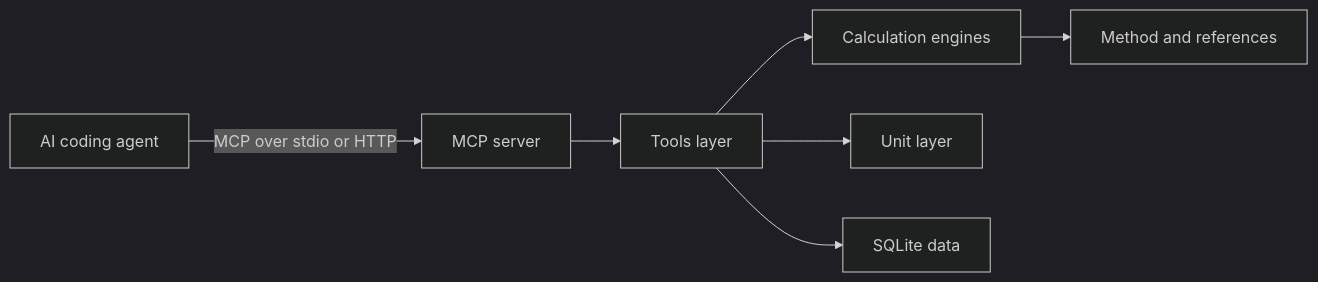
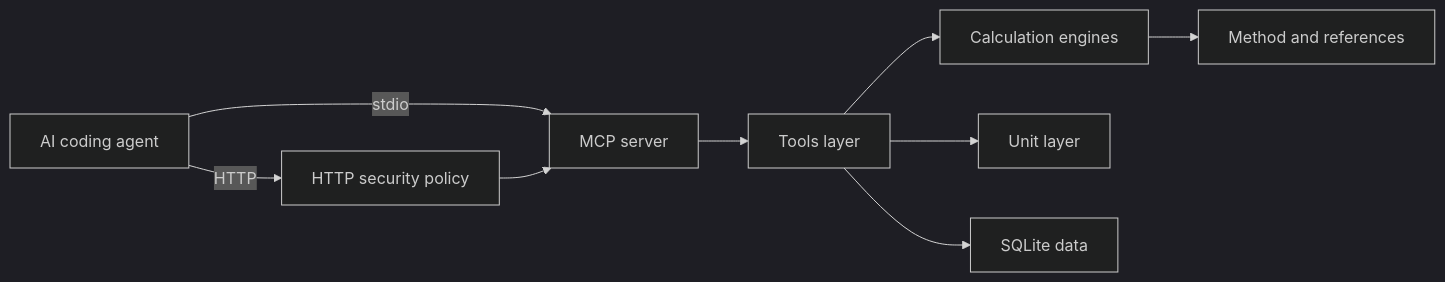
The diagram in README.md (DanielCuevas1208/engineer-mcp), drawn with Mermaid (dark theme) before and after one commit. The commit also changed other lines of this file and 10 other files, not shown here.

````diff
--- a/README.md
+++ b/README.md
@@ -79,9 +80,11 @@
 ```mermaid
 flowchart LR
-  Agent[AI coding agent] -->|MCP over stdio or HTTP| Server[MCP server]
+  Agent[AI coding agent] -->|stdio| Server[MCP server]
+  Agent -->|HTTP| Security[HTTP security policy]
+  Security --> Server
   Server --> Tools[Tools layer]
   Tools --> Engines[Calculation engines]
   Tools --> Units[Unit layer]
   Tools --> Db[SQLite data]
   Engines --> Provenance[Method and references]
 ```
````
